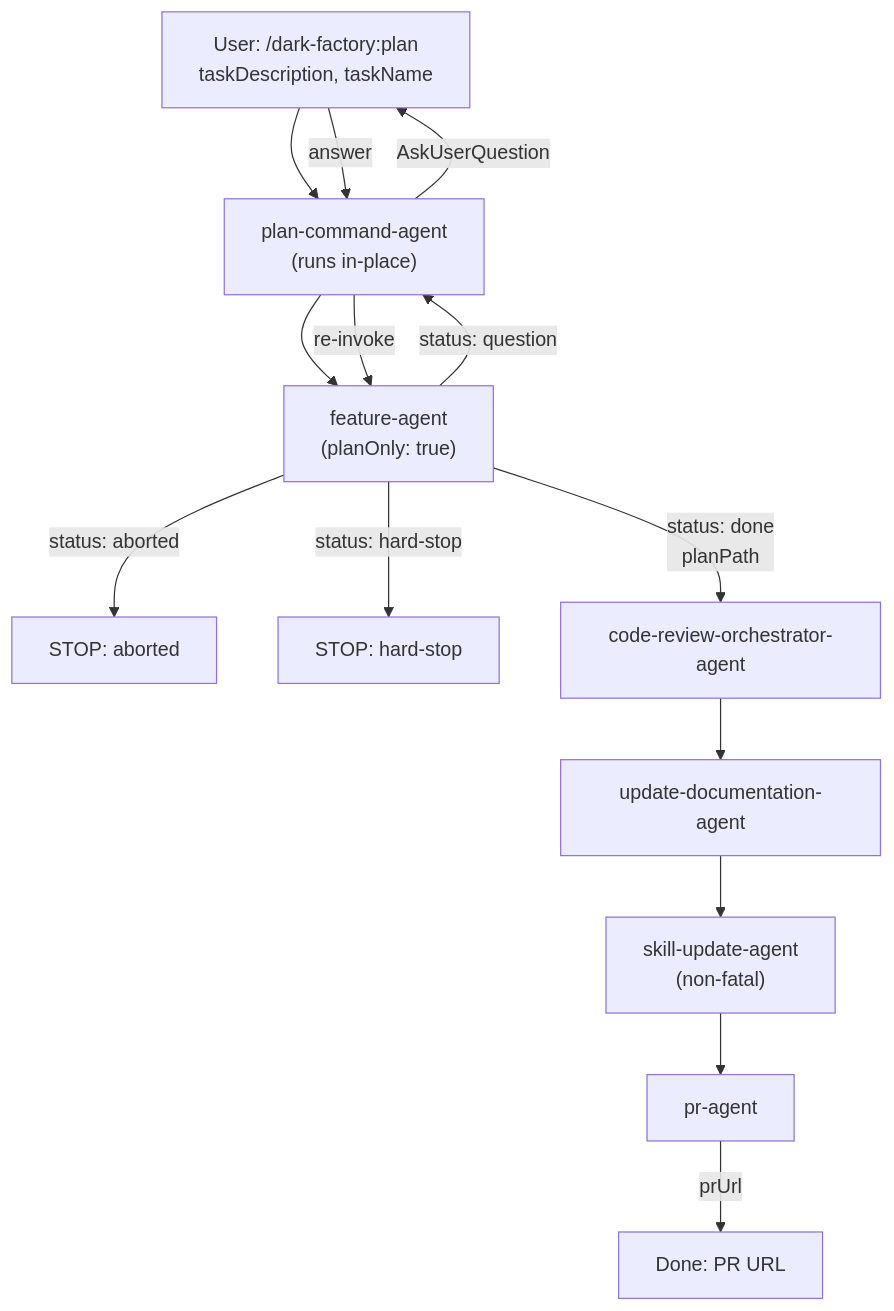
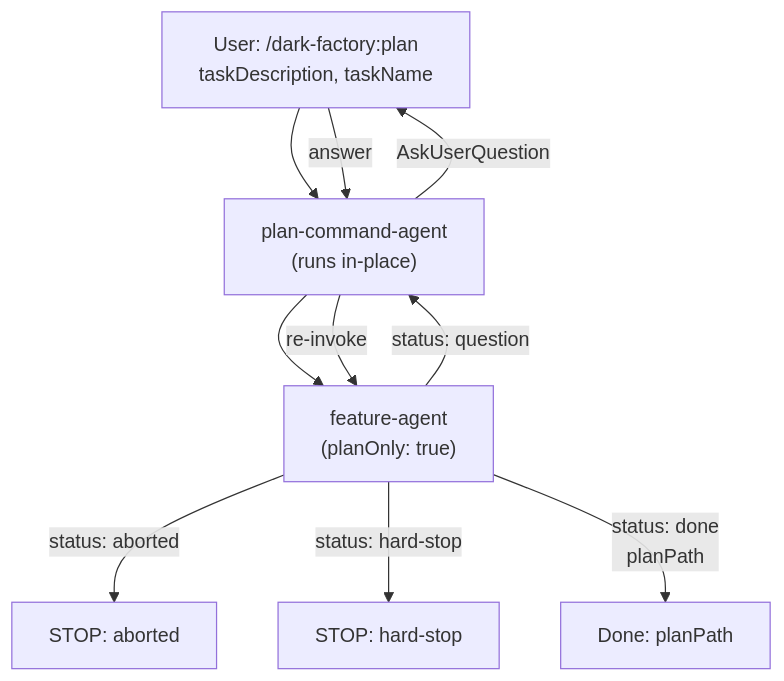
The diagram in docs/docs/plan-command-agent.md (lewibs/dark-factory), drawn with Mermaid before and after one commit. The commit also changed other lines of this file and 2 other files, not shown here.

First line of the commit message:
docs: remove post-pipeline from plan-command-agent docs

````diff
--- a/docs/docs/plan-command-agent.md
+++ b/docs/docs/plan-command-agent.md
@@ -13,22 +13,17 @@
 ```mermaid
 flowchart TD
   User["User: /dark-factory:plan\ntaskDescription, taskName"] --> PCA
 
   PCA["plan-command-agent\n(runs in-place)"]
 
   PCA --> FA["feature-agent\n(planOnly: true)"]
 
   FA -->|"status: question"| PCA
   PCA -->|"AskUserQuestion"| User
   User -->|"answer"| PCA
   PCA -->|"re-invoke"| FA
 
   FA -->|"status: aborted"| ABORT["STOP: aborted"]
   FA -->|"status: hard-stop"| HSTOP["STOP: hard-stop"]
-  FA -->|"status: done\nplanPath"| CRO["code-review-orchestrator-agent"]
-
-  CRO --> UDA["update-documentation-agent"]
-  UDA --> SUA["skill-update-agent\n(non-fatal)"]
-  SUA --> PRA["pr-agent"]
-  PRA -->|"prUrl"| Done["Done: PR URL"]
+  FA -->|"status: done\nplanPath"| Done["Done: planPath"]
 ```
````
